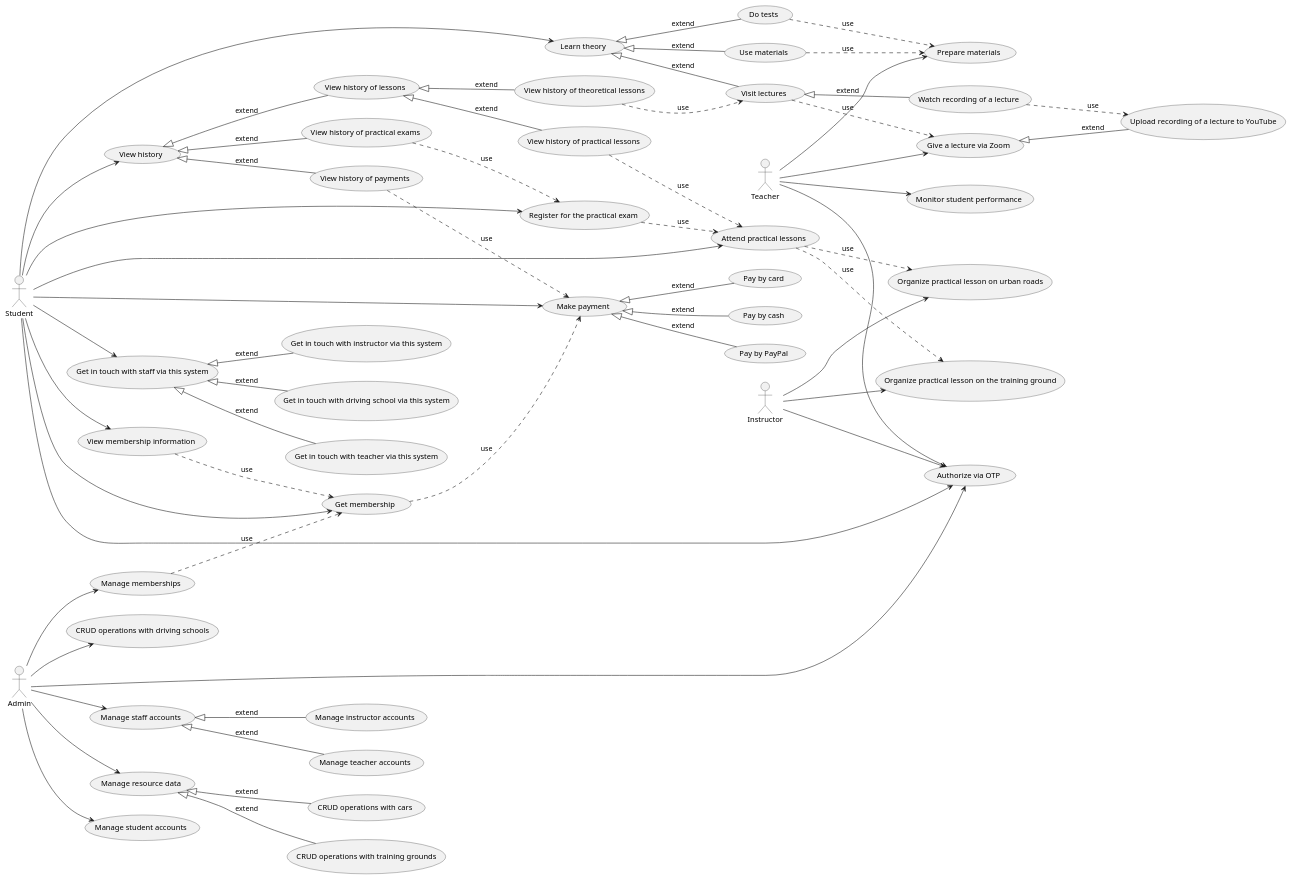
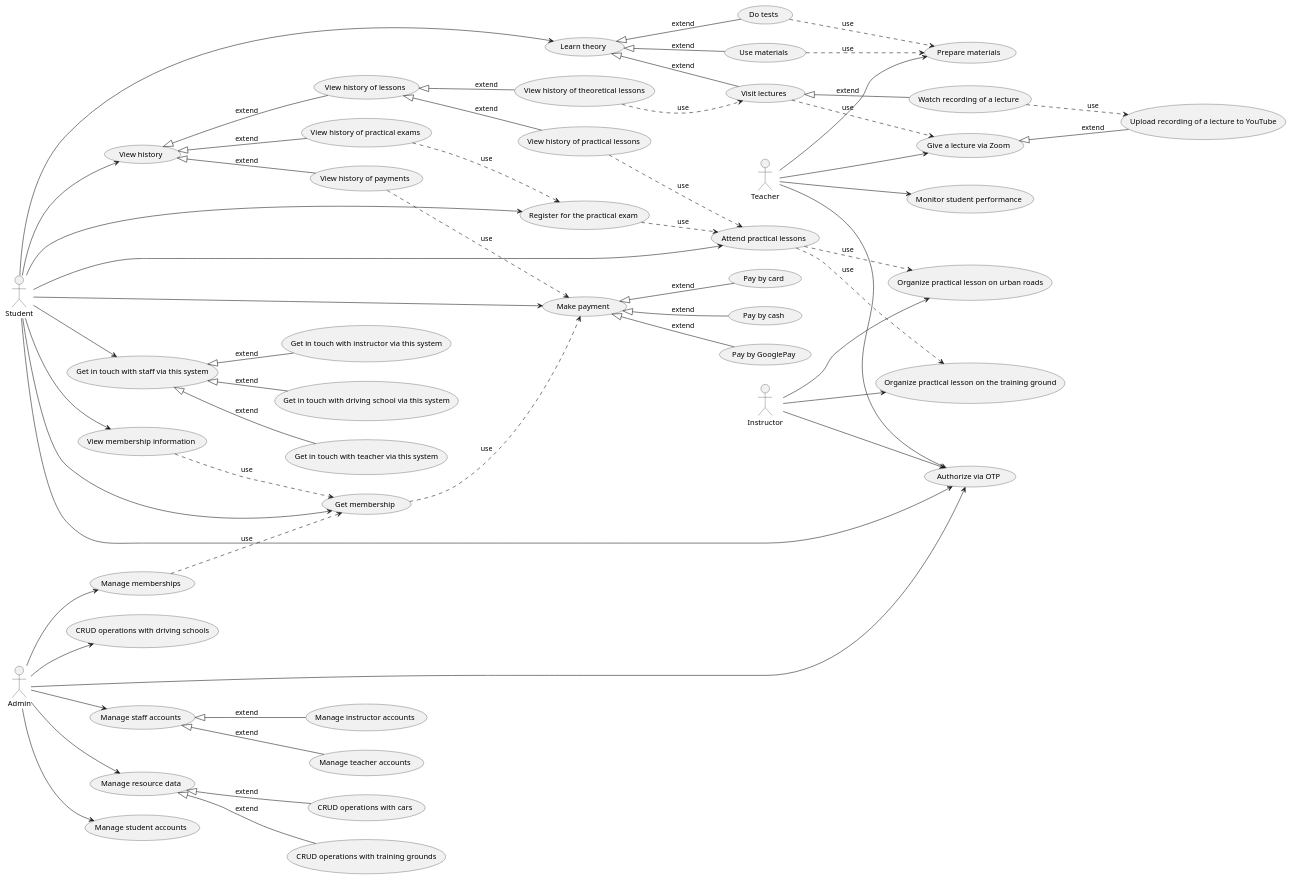
The diagram in Lab 2/PlantUML/Use case.puml (KyryloBB/Software-engineering-components), drawn with PlantUML before and after one commit.

Commit message:
changed usecase sc2

```diff
--- a/Lab 2/PlantUML/Use case.puml
+++ b/Lab 2/PlantUML/Use case.puml
@@ -1,118 +1,118 @@
 @startuml
 left to right direction
 
 Actor "Student" as Student
 Actor "Teacher" as Teacher
 Actor "Instructor" as Instructor
 Actor "Admin" as Admin
 
 Usecase "Authorize via OTP" as UC
 Usecase "Make payment" as SC1
-Usecase "Pay by PayPal" as SC2
+Usecase "Pay by GooglePay" as SC2
 Usecase "Pay by card" as SC3
 Usecase "Pay by cash" as SC4
 Usecase "Get membership" as SC5
 Usecase "View membership information" as SC6
 Usecase "Learn theory" as SC8
 Usecase "Do tests" as SC9
 Usecase "Visit lectures" as SC10
 Usecase "Use materials" as SC11
 Usecase "Attend practical lessons" as SC12
 Usecase "Register for the practical exam" as SC13
 Usecase "View history" as SC14
 Usecase "View history of payments" as SC15
 Usecase "View history of practical exams" as SC16
 Usecase "View history of lessons" as SC17
 Usecase "View history of theoretical lessons" as SC18
 Usecase "View history of practical lessons" as SC19
 Usecase "Get in touch with staff via this system" as SC20
 Usecase "Get in touch with driving school via this system" as SC21
 Usecase "Get in touch with teacher via this system" as SC22
 Usecase "Get in touch with instructor via this system" as SC23
 Usecase "Watch recording of a lecture" as SC24
 
 Student --> UC
 Student --> SC1
 Student --> SC5
 Student --> SC6
 Student --> SC8
 Student --> SC12
 Student --> SC13
 Student --> SC14
 Student --> SC20
 
 SC1 <|-- SC2 : extend
 SC1 <|-- SC3 : extend
 SC1 <|-- SC4 : extend
 SC8 <|-- SC9 : extend
 SC8 <|-- SC10 : extend
 SC8 <|-- SC11 : extend
 SC14 <|-- SC15 : extend
 SC14 <|-- SC16 : extend
 SC14 <|-- SC17 : extend
 SC17 <|-- SC18 : extend
 SC17 <|-- SC19 : extend
 SC20 <|-- SC21 : extend
 SC20 <|-- SC22 : extend
 SC20 <|-- SC23 : extend
 SC10 <|-- SC24 : extend
 
 SC5 ..> SC1 : use
 SC6 ..> SC5 : use
 SC15 ..> SC1 : use
 SC16 ..> SC13 : use
 SC18 ..> SC10 : use
 SC19 ..> SC12 : use
 SC13 ..> SC12 : use
 
 Usecase "Give a lecture via Zoom" as TC1
 Usecase "Prepare materials" as TC2
 Usecase "Monitor student performance" as TC3
 Usecase "Upload recording of a lecture to YouTube" as TC4
 
 Teacher --> UC
 Teacher --> TC1
 Teacher --> TC2
 Teacher --> TC3
 
 SC9 ..> TC2 : use
 SC10 ..> TC1 : use
 SC11 ..> TC2 : use
 SC24 ..> TC4 : use
 
 TC1 <|-- TC4 : extend
 
 Usecase "Organize practical lesson on the training ground" as IC1
 Usecase "Organize practical lesson on urban roads" as IC2
 
 Instructor --> UC
 Instructor --> IC1
 Instructor --> IC2
 
 SC12 ..> IC1 : use
 SC12 ..> IC2 : use
 
 Usecase "Manage student accounts" as AC1
 Usecase "Manage memberships" as AC2
 Usecase "CRUD operations with driving schools" as AC3
 Usecase "Manage staff accounts" as AC4
 Usecase "Manage teacher accounts" as AC5
 Usecase "Manage instructor accounts" as AC6
 Usecase "Manage resource data" as AC7
 Usecase "CRUD operations with training grounds" as AC8
 Usecase "CRUD operations with cars" as AC9
 
 Admin --> UC
 Admin --> AC1
 Admin --> AC2
 Admin --> AC3
 Admin --> AC4
 Admin --> AC7
 
 AC4 <|-- AC5 : extend
 AC4 <|-- AC6 : extend
 AC7 <|-- AC8 : extend
 AC7 <|-- AC9 : extend
 
 AC2 ..> SC5 : use
 @enduml
```
